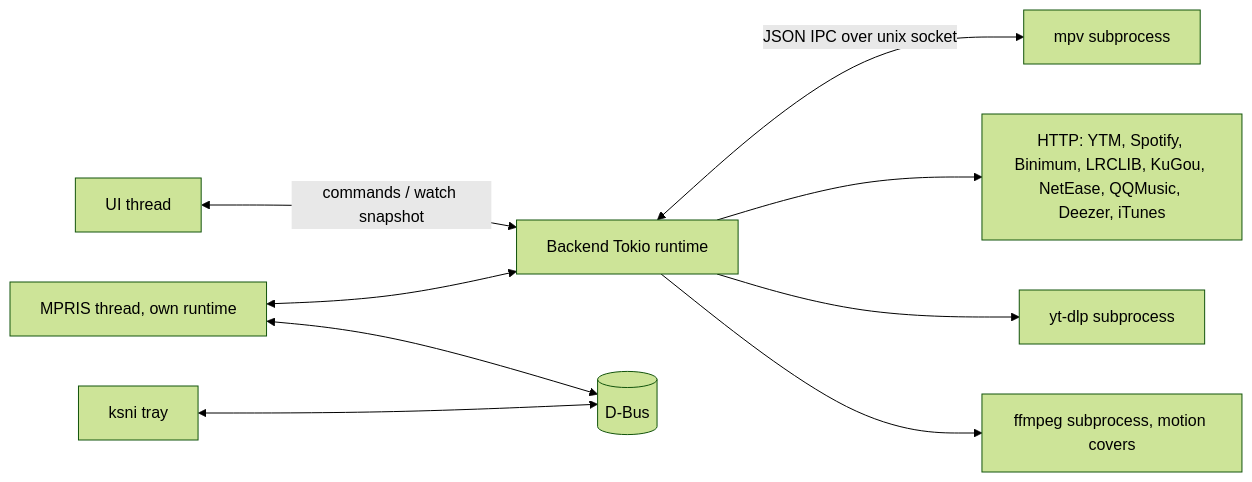
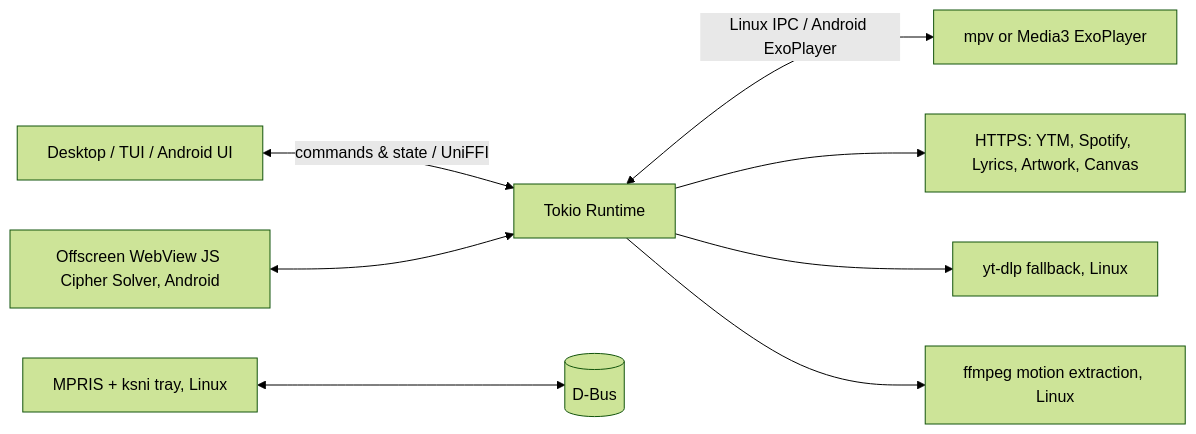
One commit to MehmetCanWT/sonata changed the second of 2 diagrams in docs/architecture.md. Above: the diagram before and after it, drawn with Mermaid (forest theme). The commit also changed other lines of this file and 57 other files, not shown here.

````diff
--- a/docs/architecture.md
+++ b/docs/architecture.md
@@ -48,11 +48,10 @@
 ```mermaid
 flowchart LR
-    UI[UI thread] <-->|commands / watch snapshot| BE[Backend Tokio runtime]
-    BE <-->|JSON IPC over unix socket| MPV[mpv subprocess]
-    BE --> NET[HTTP: YTM, Spotify, Binimum, LRCLIB, KuGou, NetEase, QQMusic, Deezer, iTunes]
-    BE --> YTDLP[yt-dlp subprocess]
-    BE --> FFMPEG[ffmpeg subprocess, motion covers]
-    MPRISTH[MPRIS thread, own runtime] <--> DBUS[(D-Bus)]
-    TRAY[ksni tray] <--> DBUS
-    MPRISTH <--> BE
+    UI[Desktop / TUI / Android UI] <-->|commands & state / UniFFI| BE[Tokio Runtime]
+    BE <-->|Linux IPC / Android ExoPlayer| AUDIO[mpv or Media3 ExoPlayer]
+    BE --> NET[HTTPS: YTM, Spotify, Lyrics, Artwork, Canvas]
+    BE --> YTDLP[yt-dlp fallback, Linux]
+    BE --> FFMPEG[ffmpeg motion extraction, Linux]
+    MPRISTH[MPRIS + ksni tray, Linux] <--> DBUS[(D-Bus)]
+    AND_WV[Offscreen WebView JS Cipher Solver, Android] <--> BE
 ```
````
